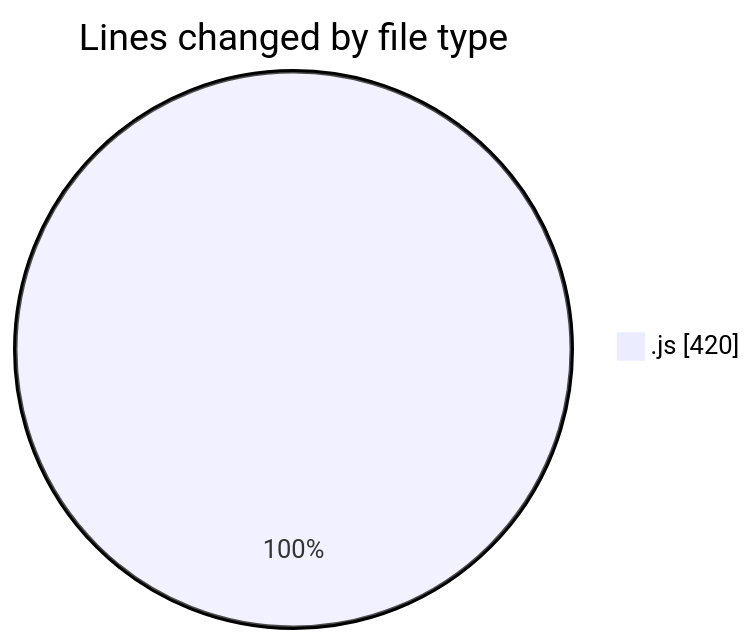
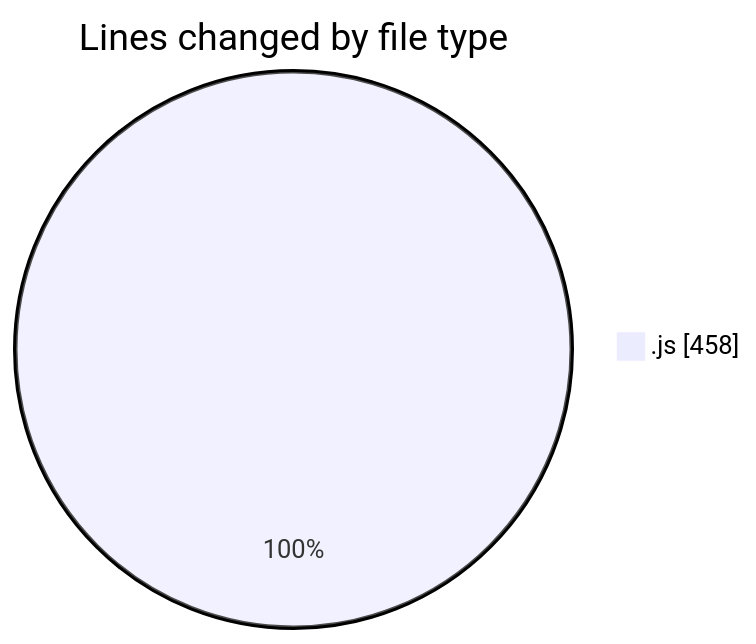
Before and after one commit to momahboobian/code-tracking: the first of 2 diagrams in 2025-02-03/cda/README.md, drawn with Mermaid. The commit also changed other lines of this file and 1 other file, not shown here.

````diff
--- a/2025-02-03/cda/README.md
+++ b/2025-02-03/cda/README.md
@@ -22,5 +23,5 @@
 ```mermaid
 pie showData
 title Lines changed by file type
-".js" : 420
+".js" : 458
 ```
````
